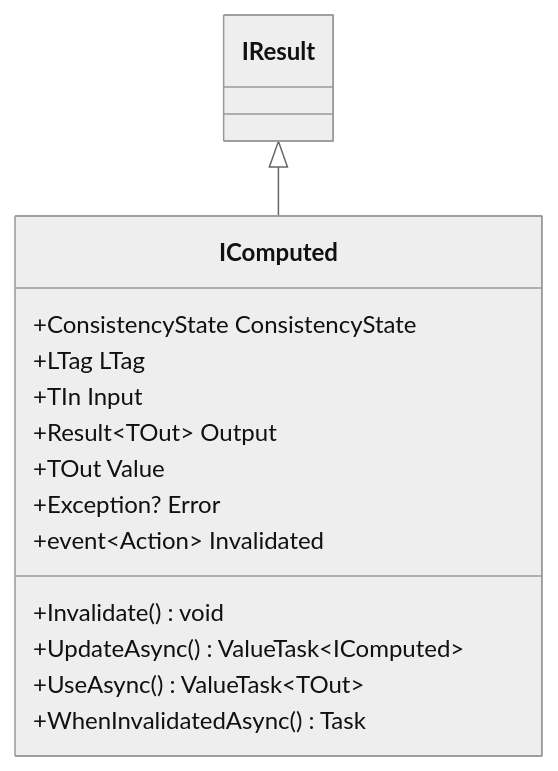
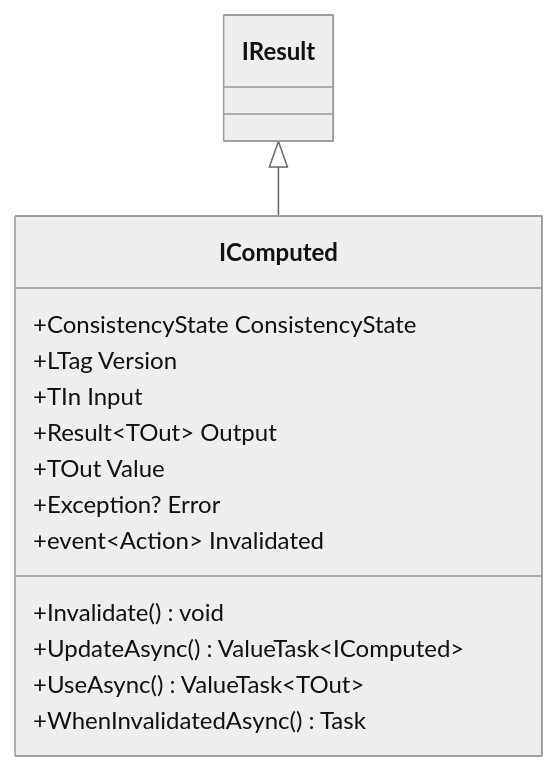
One commit to servicetitan/Stl.Fusion changed the diagram in docs/img-src/IComputed-Class.mmd. Above: the diagram before and after it, drawn with Mermaid (neutral theme). The commit also changed 62 other files, not shown here.

Commit message:
doc: Fix some diagrams

```diff
--- a/docs/img-src/IComputed-Class.mmd
+++ b/docs/img-src/IComputed-Class.mmd
@@ -1,16 +1,16 @@
 classDiagram
   IResult <|-- IComputed
   class IComputed {
     +ConsistencyState ConsistencyState
-    +LTag LTag
+    +LTag Version
     +TIn Input
     +Result~TOut~ Output
     +TOut Value
     +Exception? Error
     +event~Action~ Invalidated
 
     +Invalidate() void
     +UpdateAsync() ValueTask~IComputed~
     +UseAsync() ValueTask~TOut~
     +WhenInvalidatedAsync() Task
   }
```
